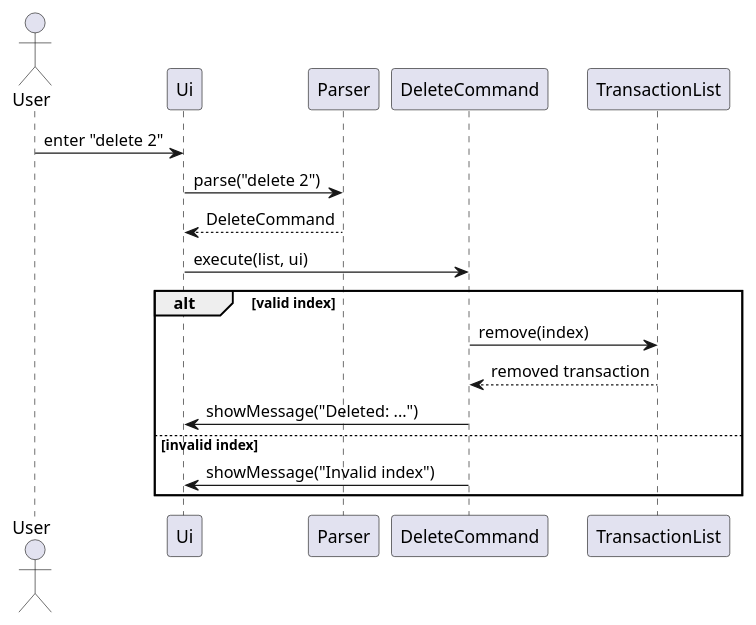
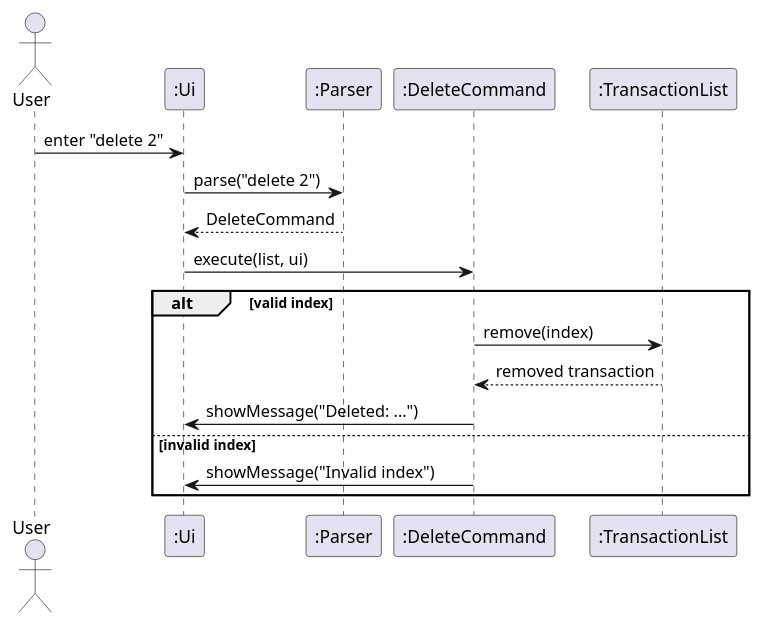
One commit to SeanChng/tp changed the diagram in docs/diagrams/DeleteSequenceDiagram.puml. Above: the diagram before and after it, drawn with PlantUML. The commit also changed 15 other files, not shown here.

Commit message:
Add semicolon to all objects in sequence diagram

```diff
--- a/docs/diagrams/DeleteSequenceDiagram.puml
+++ b/docs/diagrams/DeleteSequenceDiagram.puml
@@ -1,20 +1,20 @@
 @startuml
 actor User
-participant Ui
-participant Parser
-participant DeleteCommand
-participant TransactionList
+participant ":Ui" as Ui
+participant ":Parser" as Parser
+participant ":DeleteCommand" as DeleteCommand
+participant ":TransactionList" as TransactionList
 
 User -> Ui : enter "delete 2"
 Ui -> Parser : parse("delete 2")
 Parser --> Ui : DeleteCommand
 Ui -> DeleteCommand : execute(list, ui)
 
 alt valid index
     DeleteCommand -> TransactionList : remove(index)
     TransactionList --> DeleteCommand : removed transaction
     DeleteCommand -> Ui : showMessage("Deleted: ...")
 else invalid index
     DeleteCommand -> Ui : showMessage("Invalid index")
 end
 @enduml
```
